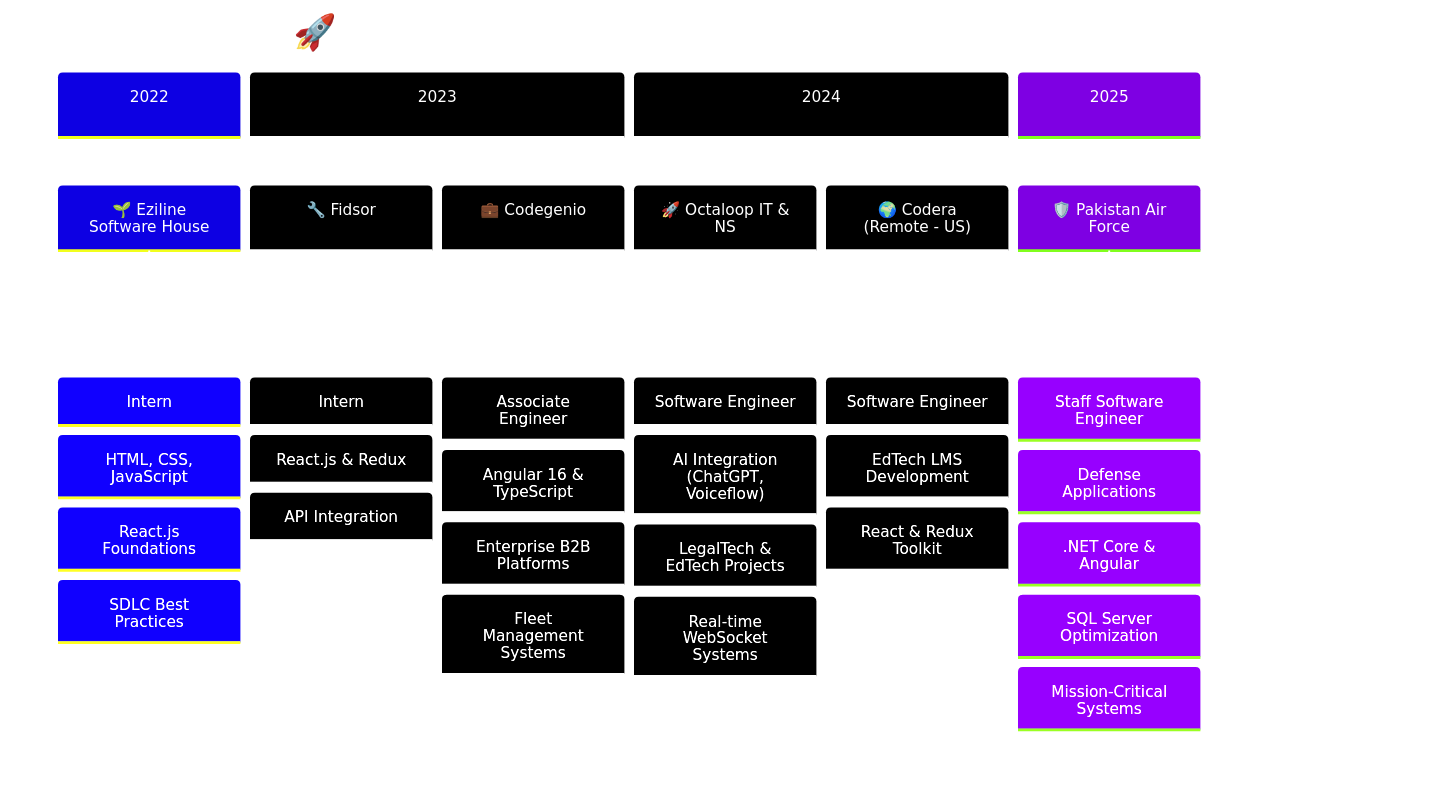
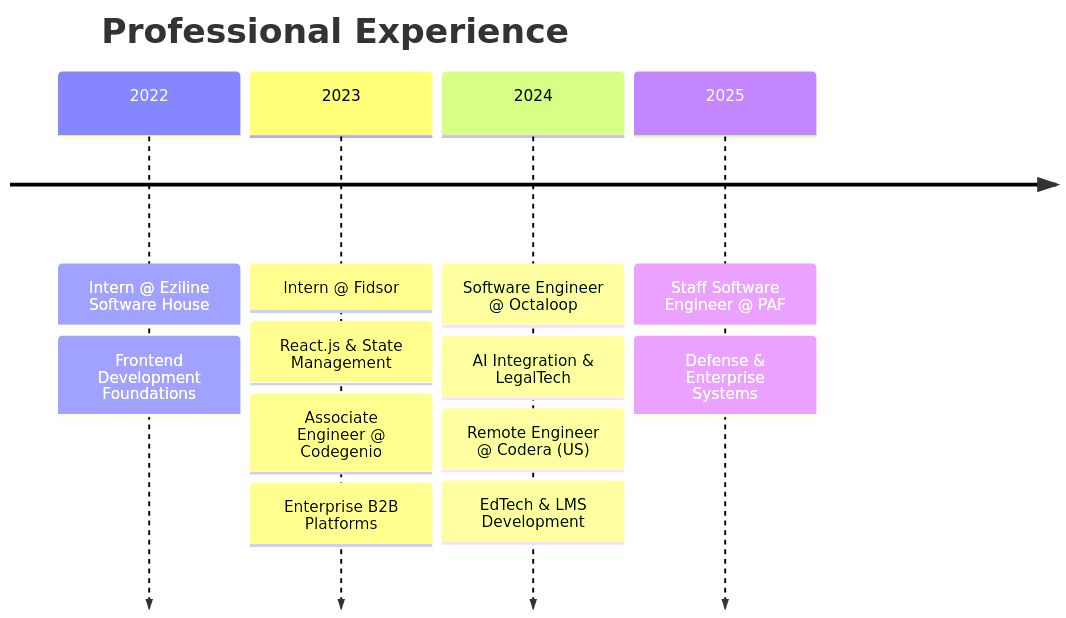
The diagram in README.md (Moneebbhatti9/Moneebbhatti9), drawn with Mermaid before and after one commit. The commit also changed other lines of this file, not shown here.

````diff
--- a/README.md
+++ b/README.md
@@ -269,36 +161,16 @@
 ```mermaid
-%%{init: {'theme': 'base', 'themeVariables': { 'primaryColor': '#6C63FF', 'primaryTextColor': '#fff', 'primaryBorderColor': '#6C63FF', 'lineColor': '#6C63FF', 'secondaryColor': '#1a1b27', 'tertiaryColor': '#0D1117', 'background': '#0D1117', 'mainBkg': '#1a1b27', 'textColor': '#FFFFFF', 'fontSize': '16px'}}}%%
 timeline
-    title 🚀 Professional Experience Timeline
-    
-    section 2022
-        🌱 Eziline Software House : Intern
-        : HTML, CSS, JavaScript
-        : React.js Foundations
-        : SDLC Best Practices
-    
-    section 2023  
-        🔧 Fidsor : Intern
-        : React.js & Redux
-        : API Integration
-        💼 Codegenio : Associate Engineer
-        : Angular 16 & TypeScript
-        : Enterprise B2B Platforms
-        : Fleet Management Systems
-    
-    section 2024
-        🚀 Octaloop IT & NS : Software Engineer
-        : AI Integration (ChatGPT, Voiceflow)
-        : LegalTech & EdTech Projects
-        : Real-time WebSocket Systems
-        🌍 Codera (Remote - US) : Software Engineer
-        : EdTech LMS Development
-        : React & Redux Toolkit
-    
-    section 2025
-        🛡️ Pakistan Air Force : Staff Software Engineer
-        : Defense Applications
-        : .NET Core & Angular
-        : SQL Server Optimization
-        : Mission-Critical Systems
+    title Professional Experience
+    2022 : Intern @ Eziline Software House
+         : Frontend Development Foundations
+    2023 : Intern @ Fidsor
+         : React.js & State Management
+         : Associate Engineer @ Codegenio
+         : Enterprise B2B Platforms
+    2024 : Software Engineer @ Octaloop
+         : AI Integration & LegalTech
+         : Remote Engineer @ Codera (US)
+         : EdTech & LMS Development
+    2025 : Staff Software Engineer @ PAF
+         : Defense & Enterprise Systems
 ```
````
